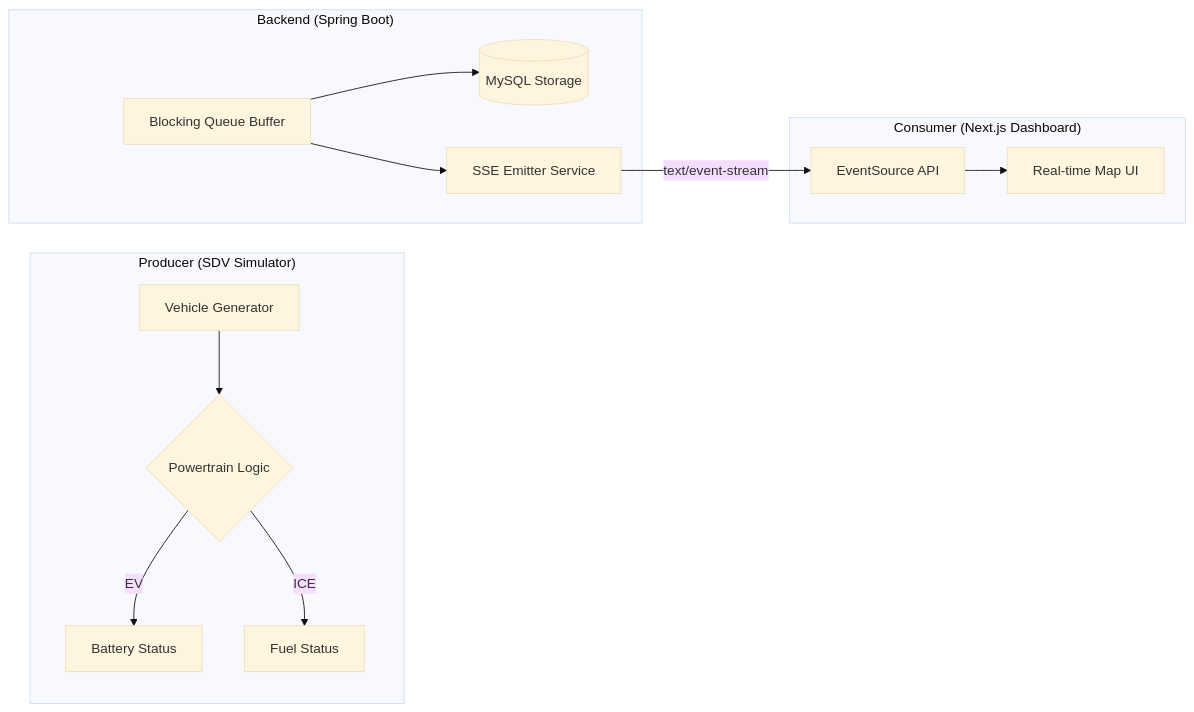
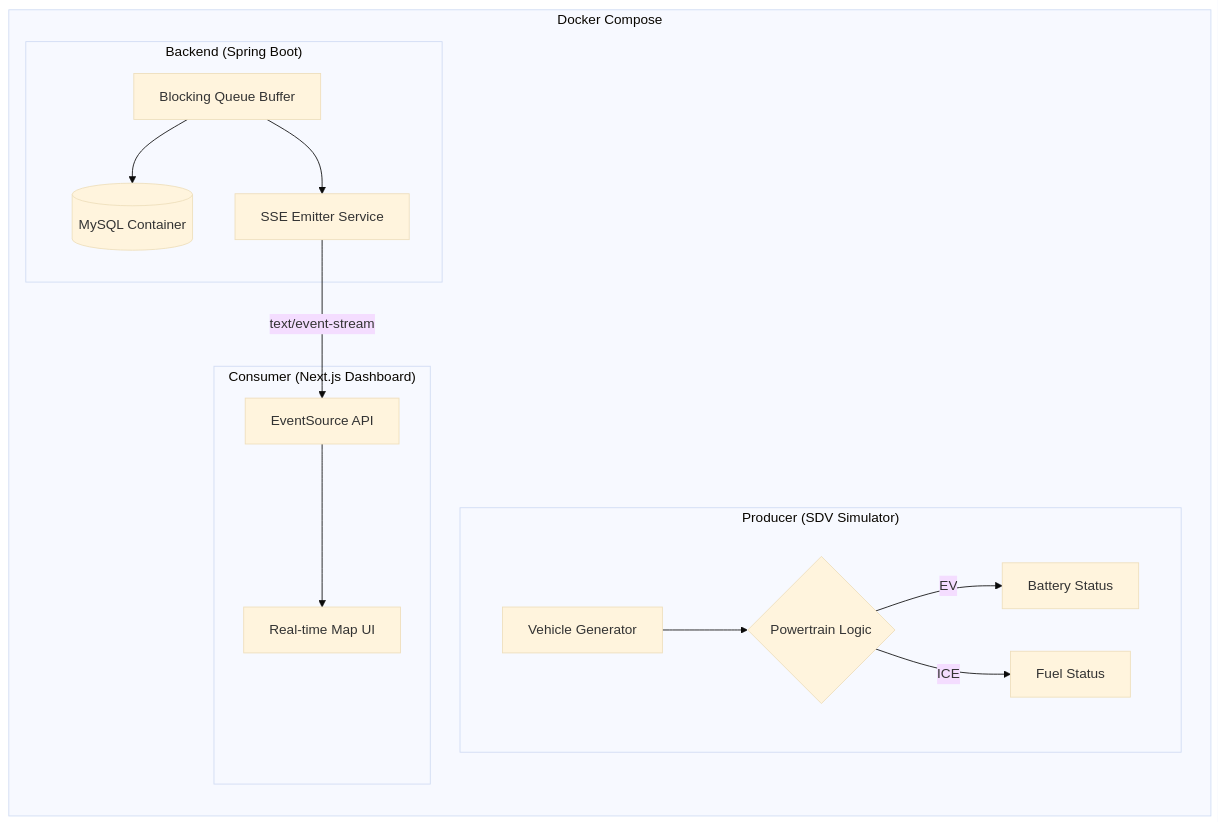
One commit to withoutwax/Mobi-Demo changed the diagram in README.md. Above: the diagram before and after it, drawn with Mermaid (base theme). The commit also changed other lines of this file and 1 other file, not shown here.

````diff
--- a/README.md
+++ b/README.md
@@ -45,19 +50,20 @@
 ```mermaid
 graph LR
-    subgraph "Producer (SDV Simulator)"
-        A[Vehicle Generator] --> B{Powertrain Logic}
-        B -->|EV| C[Battery Status]
-        B -->|ICE| D[Fuel Status]
+    subgraph "Docker Compose"
+        subgraph "Producer (SDV Simulator)"
+            A[Vehicle Generator] --> B{Powertrain Logic}
+            B -->|EV| C[Battery Status]
+            B -->|ICE| D[Fuel Status]
+        end
+
+        subgraph "Backend (Spring Boot)"
+            E[Blocking Queue Buffer] --> F[(MySQL Container)]
+            E --> G[SSE Emitter Service]
+        end
+
+        subgraph "Consumer (Next.js Dashboard)"
+            G -->|text/event-stream| H[EventSource API]
+            H --> I[Real-time Map UI]
+        end
     end
-
-    subgraph "Backend (Spring Boot)"
-        E[Blocking Queue Buffer] --> F[(MySQL Storage)]
-        E --> G[SSE Emitter Service]
-    end
-
-    subgraph "Consumer (Next.js Dashboard)"
-        G -->|text/event-stream| H[EventSource API]
-        H --> I[Real-time Map UI]
-    end
-
 ```
````
